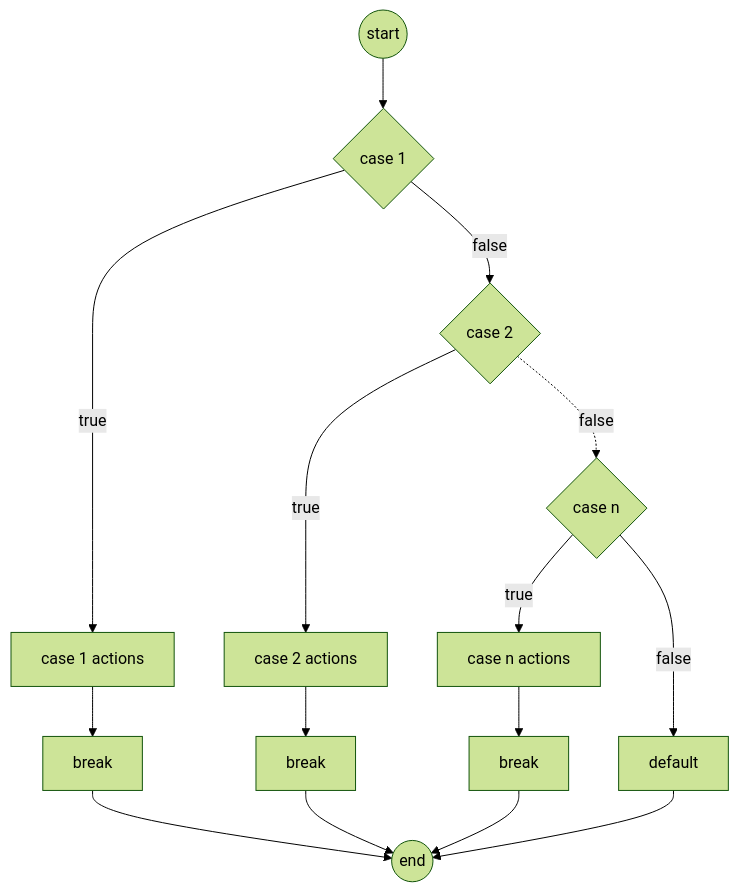
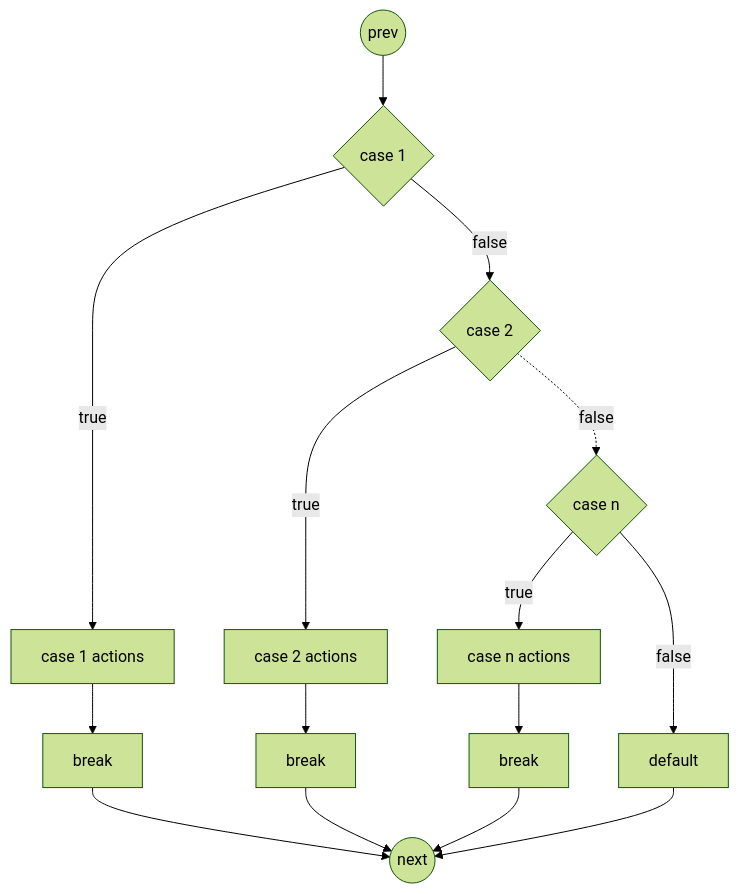
One commit to ufidon/c changed the first of 3 diagrams in mod3/procontrol.md. Above: the diagram before and after it, drawn with Mermaid (forest theme). The commit also changed other lines of this file and 3 other files, not shown here.

````diff
--- a/mod3/procontrol.md
+++ b/mod3/procontrol.md
@@ -240,21 +240,21 @@
 ```mermaid
 flowchart TD
-  s((start)) --> ca{case 1}
+  s((prev)) --> ca{case 1}
   ca -->|true| caa[case 1 actions]
   caa -->ba[break]
   ba-->e
   cb{case 2}
   ca -->|false| cb
   cb -->|true| cbb[case 2 actions]
   cbb -->bb[break]
   bb-->e
   cz{case n}
   cb -.->|false| cz
   d[default]
   cz -->|false|d
   cz -->|true| za[case n actions]
   za-->bz[break]
   bz-->e
-  e((end))
+  e((next))
   d-->e
 ```
````
